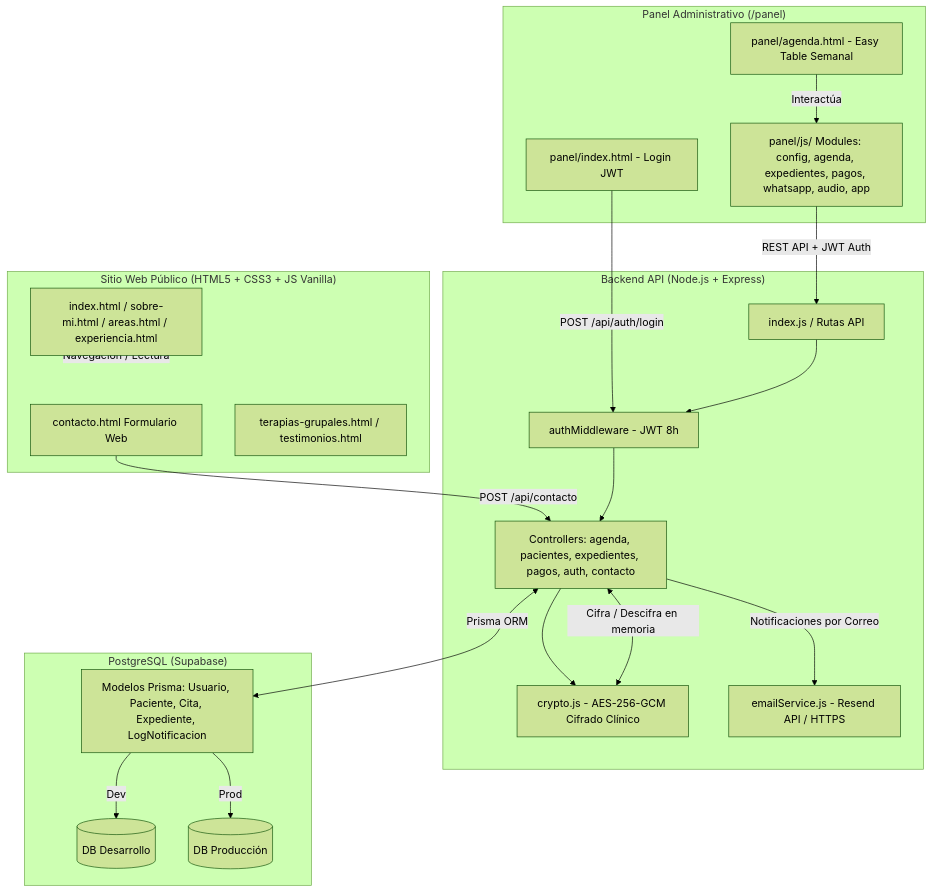
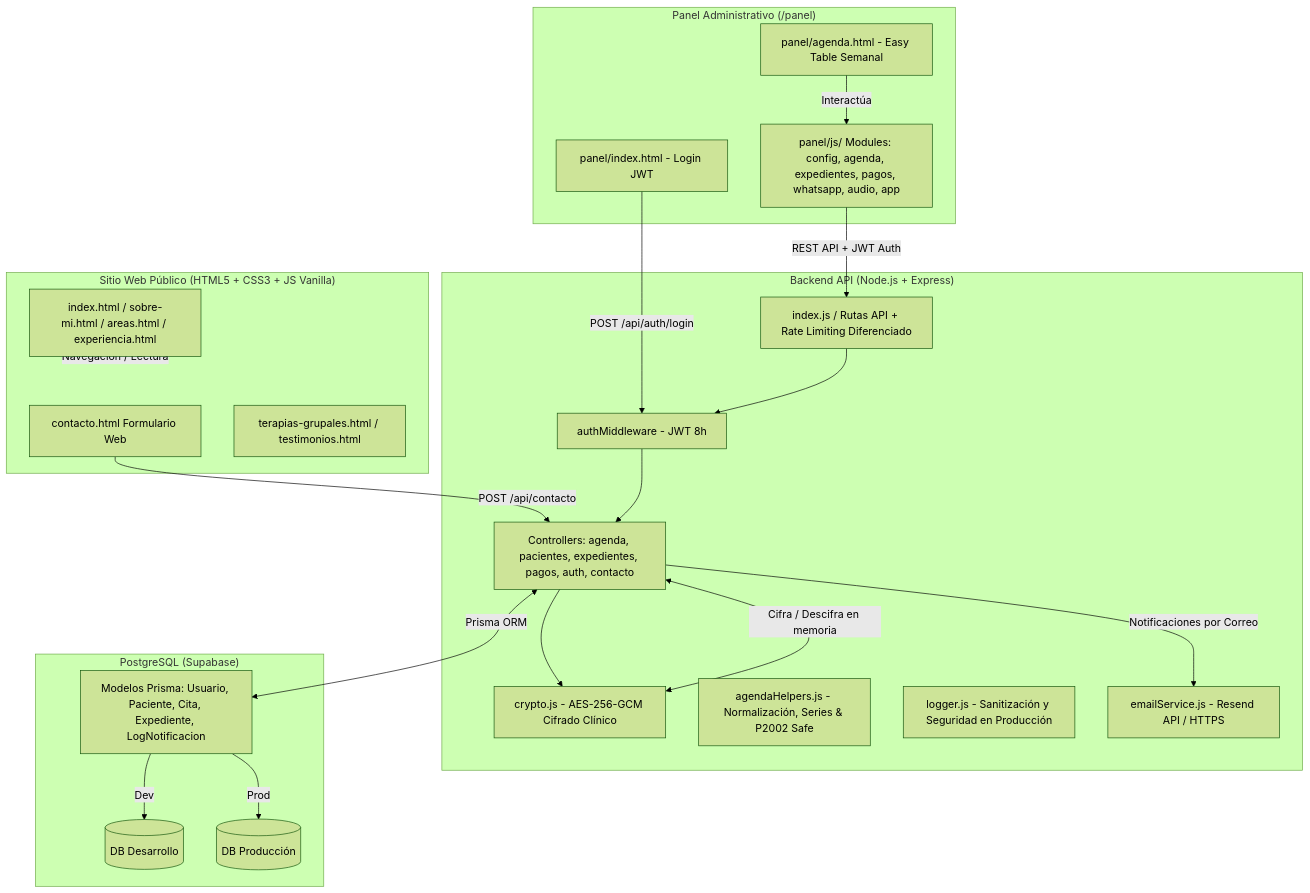
One commit to CristhianRuiz24/PsicoLau-Pagina-web changed the diagram in overview/architecture.md. Above: the diagram before and after it, drawn with Mermaid (forest theme). The commit also changed 3 other files, not shown here.

````diff
--- a/overview/architecture.md
+++ b/overview/architecture.md
@@ -3,42 +3,44 @@
 ```mermaid
 graph TD
     subgraph Frontend_Publico ["Sitio Web Público (HTML5 + CSS3 + JS Vanilla)"]
         A[index.html / sobre-mi.html / areas.html / experiencia.html]
         B[contacto.html Formulario Web]
         C[terapias-grupales.html / testimonios.html]
     end
 
     subgraph Suite_Clinica ["Panel Administrativo (/panel)"]
         D[panel/index.html - Login JWT]
         E[panel/agenda.html - Easy Table Semanal]
         F[panel/js/ Modules: config, agenda, expedientes, pagos, whatsapp, audio, app]
     end
 
     subgraph Backend_API ["Backend API (Node.js + Express)"]
-        G[index.js / Rutas API]
+        G[index.js / Rutas API + Rate Limiting Diferenciado]
         H[authMiddleware - JWT 8h]
         I[crypto.js - AES-256-GCM Cifrado Clínico]
         J[Controllers: agenda, pacientes, expedientes, pagos, auth, contacto]
+        O[agendaHelpers.js - Normalización, Series & P2002 Safe]
+        P[logger.js - Sanitización y Seguridad en Producción]
         K[emailService.js - Resend API / HTTPS]
     end
 
     subgraph Base_de_Datos ["PostgreSQL (Supabase)"]
         L[(DB Desarrollo)]
         M[(DB Producción)]
         N[Modelos Prisma: Usuario, Paciente, Cita, Expediente, LogNotificacion]
     end
 
     A -.->|Navegación / Lectura| Frontend_Publico
     B -->|POST /api/contacto| J
     D -->|POST /api/auth/login| H
     E -->|Interactúa| F
     F -->|REST API + JWT Auth| G
     G --> H
     H --> J
     J --> I
     I <-->|Cifra / Descifra en memoria| J
     J <-->|Prisma ORM| N
     N -->|Dev| L
     N -->|Prod| M
     J -->|Notificaciones por Correo| K
 ```
````
